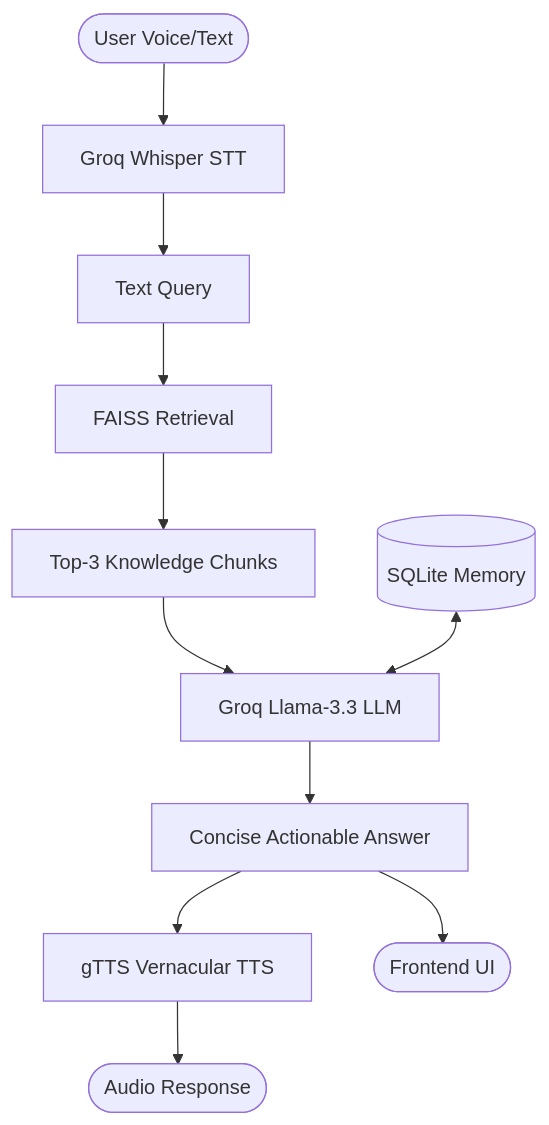
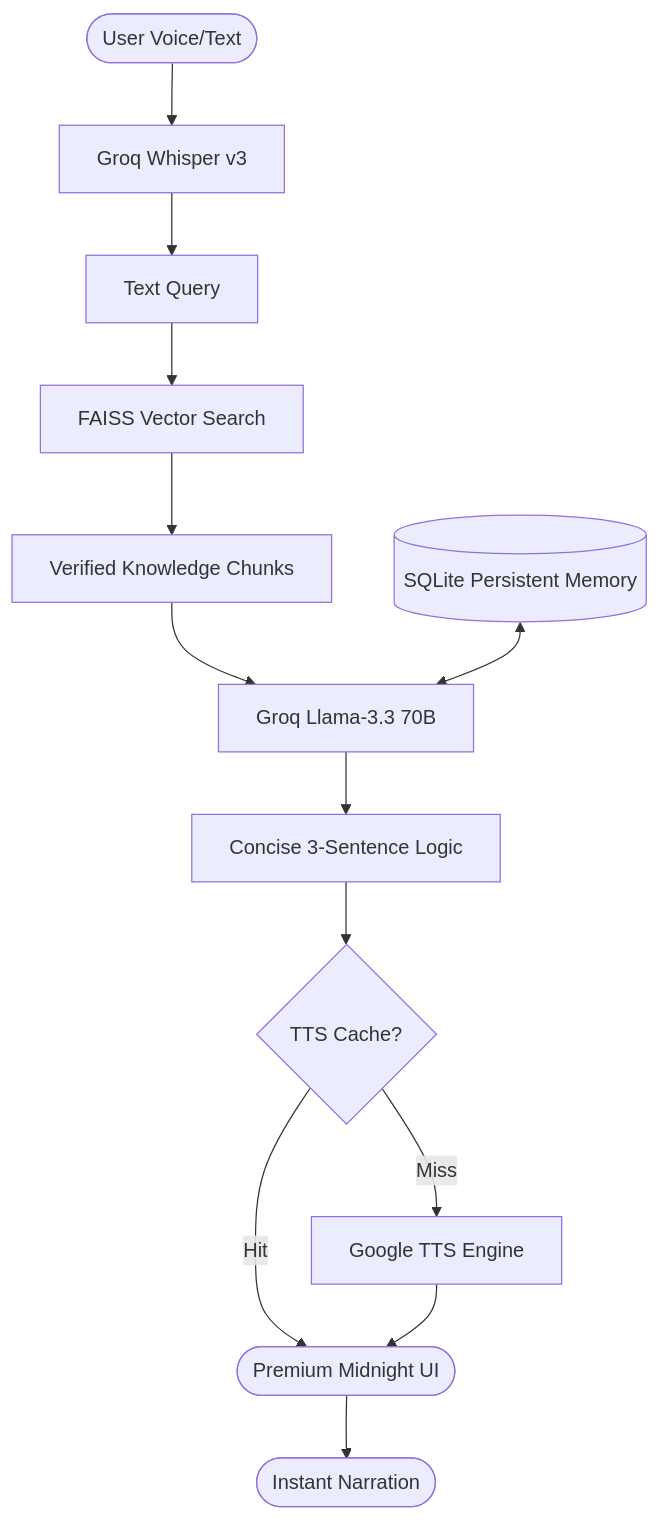
One commit to yakoob-md/V-Shield changed the diagram in README.md. Above: the diagram before and after it, drawn with Mermaid. The commit also changed other lines of this file, not shown here.

````diff
--- a/README.md
+++ b/README.md
@@ -103,13 +38,15 @@
 ```mermaid
 graph TD
-    User([User Voice/Text]) --> STT[Groq Whisper STT]
+    User([User Voice/Text]) --> STT[Groq Whisper v3]
     STT --> Query[Text Query]
-    Query --> RAG[FAISS Retrieval]
-    RAG --> Context[Top-3 Knowledge Chunks]
-    Context --> LLM[Groq Llama-3.3 LLM]
-    History[(SQLite Memory)] <--> LLM
-    LLM --> Response[Concise Actionable Answer]
-    Response --> TTS[gTTS Vernacular TTS]
-    TTS --> Audio([Audio Response])
-    Response --> UI([Frontend UI])
+    Query --> RAG[FAISS Vector Search]
+    RAG --> Context[Verified Knowledge Chunks]
+    Context --> LLM[Groq Llama-3.3 70B]
+    History[(SQLite Persistent Memory)] <--> LLM
+    LLM --> Response[Concise 3-Sentence Logic]
+    Response --> Cache{TTS Cache?}
+    Cache -- Miss --> gTTS[Google TTS Engine]
+    Cache -- Hit --> UI
+    gTTS --> UI([Premium Midnight UI])
+    UI --> Audio([Instant Narration])
 ```
````
